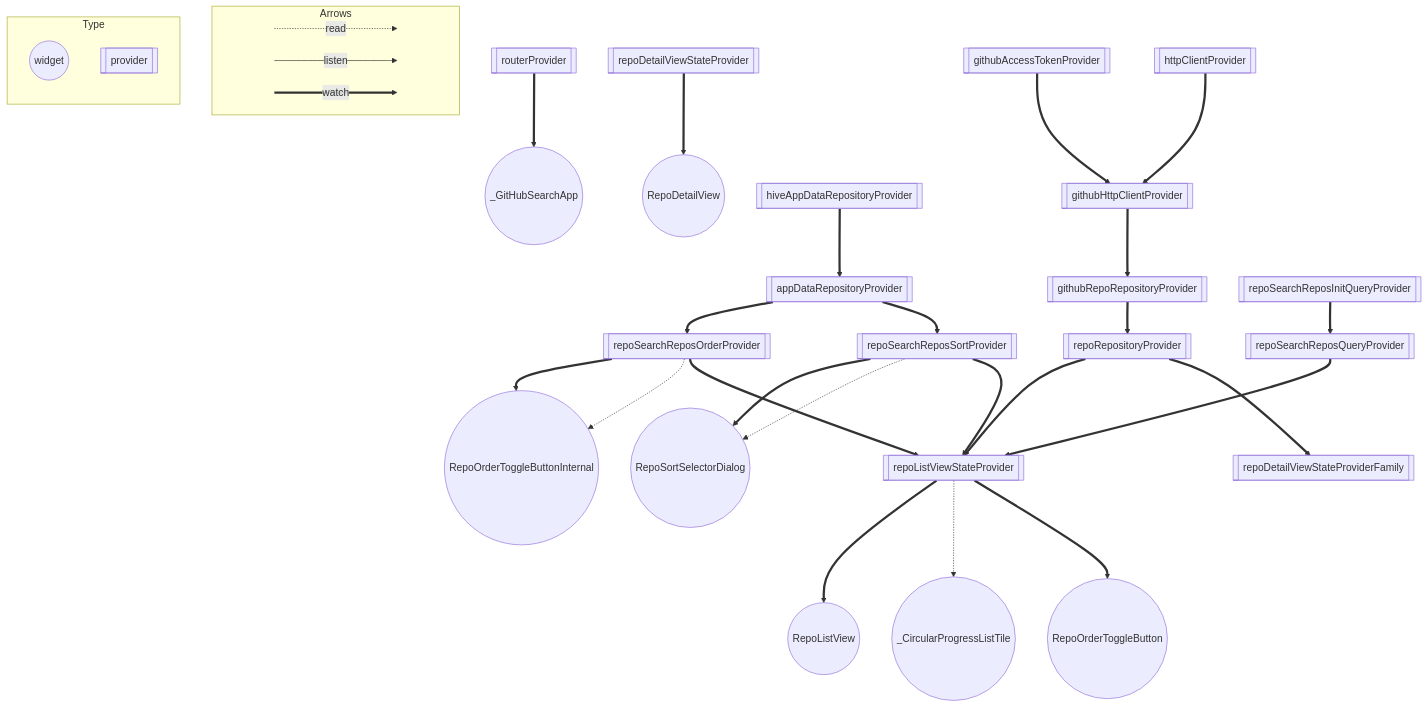
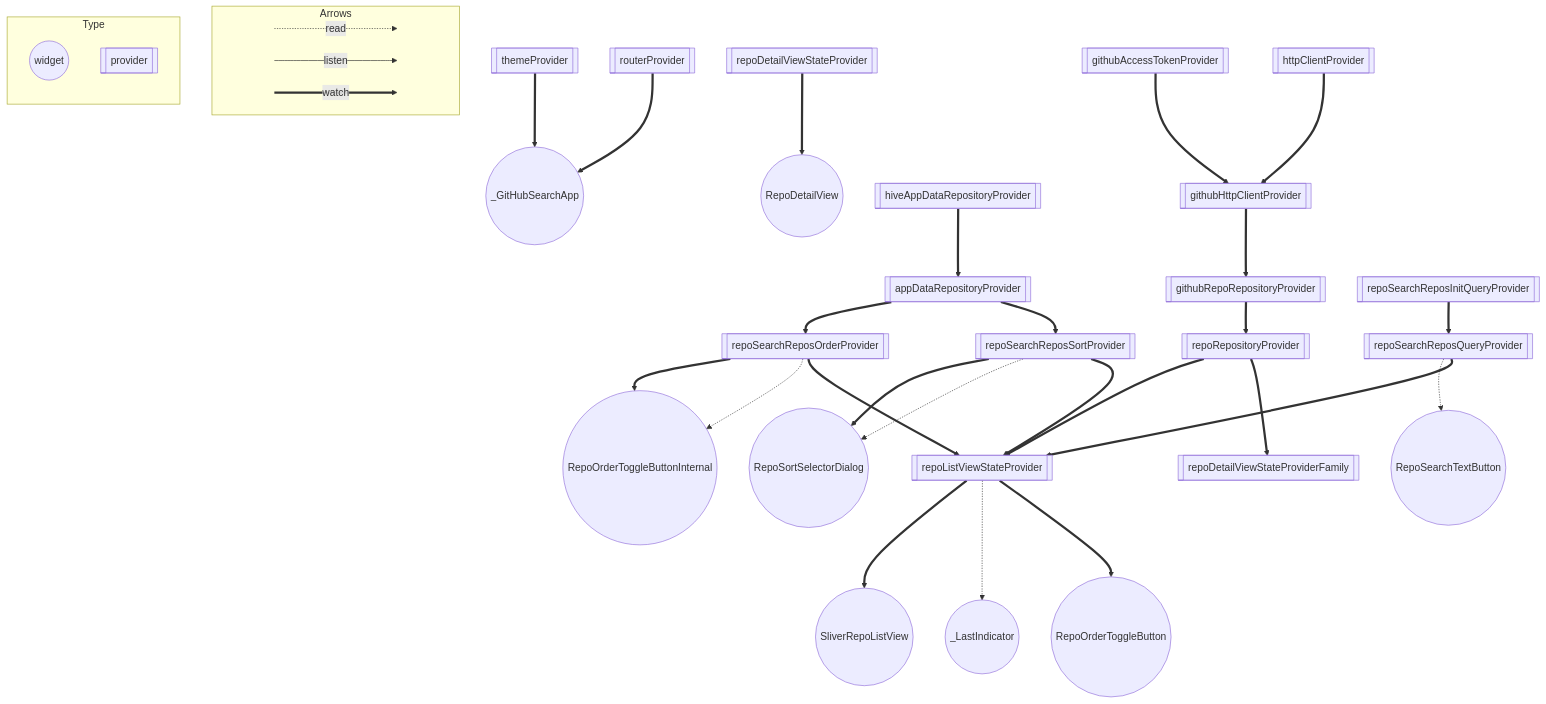
One commit to susatthi/github-search changed the second of 3 diagrams in README.md. Above: the diagram before and after it, drawn with Mermaid. The commit also changed other lines of this file, not shown here.

````diff
--- a/README.md
+++ b/README.md
@@ -158,65 +160,69 @@
 ```mermaid
 flowchart TB
   subgraph Arrows
     direction LR
     start1[ ] -..->|read| stop1[ ]
     style start1 height:0px;
     style stop1 height:0px;
     start2[ ] --->|listen| stop2[ ]
     style start2 height:0px;
     style stop2 height:0px; 
     start3[ ] ===>|watch| stop3[ ]
     style start3 height:0px;
     style stop3 height:0px; 
   end
 
   subgraph Type
     direction TB
     ConsumerWidget((widget));
     Provider[[provider]];
   end
   _GitHubSearchApp((_GitHubSearchApp));
+  themeProvider ==> _GitHubSearchApp;
   routerProvider ==> _GitHubSearchApp;
   RepoDetailView((RepoDetailView));
   repoDetailViewStateProvider ==> RepoDetailView;
-  RepoListView((RepoListView));
-  repoListViewStateProvider ==> RepoListView;
-  _CircularProgressListTile((_CircularProgressListTile));
-  repoListViewStateProvider -.-> _CircularProgressListTile;
+  SliverRepoListView((SliverRepoListView));
+  repoListViewStateProvider ==> SliverRepoListView;
+  _LastIndicator((_LastIndicator));
+  repoListViewStateProvider -.-> _LastIndicator;
   RepoOrderToggleButton((RepoOrderToggleButton));
   repoListViewStateProvider ==> RepoOrderToggleButton;
   RepoOrderToggleButtonInternal((RepoOrderToggleButtonInternal));
   repoSearchReposOrderProvider ==> RepoOrderToggleButtonInternal;
   repoSearchReposOrderProvider -.-> RepoOrderToggleButtonInternal;
   RepoSortSelectorDialog((RepoSortSelectorDialog));
   repoSearchReposSortProvider ==> RepoSortSelectorDialog;
   repoSearchReposSortProvider -.-> RepoSortSelectorDialog;
+  RepoSearchTextButton((RepoSearchTextButton));
+  repoSearchReposQueryProvider -.-> RepoSearchTextButton;
+  themeProvider[[themeProvider]];
   routerProvider[[routerProvider]];
   appDataRepositoryProvider[[appDataRepositoryProvider]];
   hiveAppDataRepositoryProvider ==> appDataRepositoryProvider;
   hiveAppDataRepositoryProvider[[hiveAppDataRepositoryProvider]];
   repoRepositoryProvider[[repoRepositoryProvider]];
   githubRepoRepositoryProvider ==> repoRepositoryProvider;
   githubRepoRepositoryProvider[[githubRepoRepositoryProvider]];
   githubHttpClientProvider ==> githubRepoRepositoryProvider;
   githubHttpClientProvider[[githubHttpClientProvider]];
   githubAccessTokenProvider ==> githubHttpClientProvider;
   httpClientProvider ==> githubHttpClientProvider;
   githubAccessTokenProvider[[githubAccessTokenProvider]];
   httpClientProvider[[httpClientProvider]];
   repoDetailViewStateProvider[[repoDetailViewStateProvider]];
   repoSearchReposOrderProvider[[repoSearchReposOrderProvider]];
   appDataRepositoryProvider ==> repoSearchReposOrderProvider;
   repoListViewStateProvider[[repoListViewStateProvider]];
   repoRepositoryProvider ==> repoListViewStateProvider;
   repoSearchReposQueryProvider ==> repoListViewStateProvider;
   repoSearchReposSortProvider ==> repoListViewStateProvider;
   repoSearchReposOrderProvider ==> repoListViewStateProvider;
   repoSearchReposSortProvider[[repoSearchReposSortProvider]];
   appDataRepositoryProvider ==> repoSearchReposSortProvider;
   repoSearchReposQueryProvider[[repoSearchReposQueryProvider]];
   repoSearchReposInitQueryProvider ==> repoSearchReposQueryProvider;
   repoDetailViewStateProviderFamily[[repoDetailViewStateProviderFamily]];
   repoRepositoryProvider ==> repoDetailViewStateProviderFamily;
   repoSearchReposInitQueryProvider[[repoSearchReposInitQueryProvider]];
 ```
````
